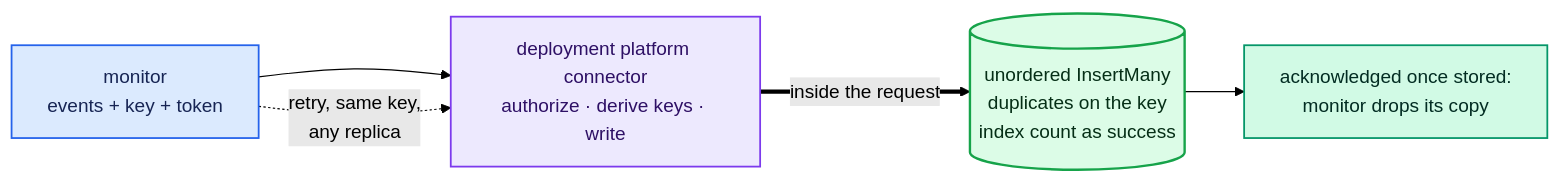
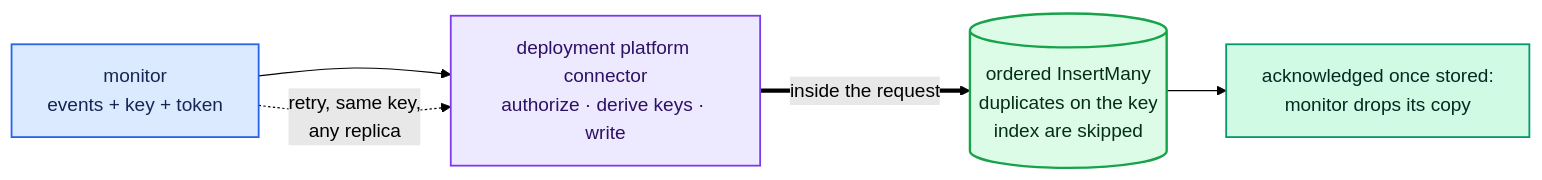
The second of 4 diagrams in docs/designs/052-deployment-platform-connector.md (KaivalyaMDabhadkar/NVSentinel), drawn with Mermaid (forest theme) before and after one commit. The commit also changed other lines of this file and 2 other files, not shown here.

Commit message:
docs(store-client): record the ordered idempotent insert, drop the constant-value test

````diff
--- a/docs/designs/052-deployment-platform-connector.md
+++ b/docs/designs/052-deployment-platform-connector.md
@@ -133,21 +133,21 @@
 ```mermaid
 flowchart LR
     M["monitor<br/>events + key + token"]
     API["deployment platform connector<br/>authorize · derive keys · write"]
-    DB[("unordered InsertMany<br/>duplicates on the key<br/>index count as success")]
+    DB[("ordered InsertMany<br/>duplicates on the key<br/>index are skipped")]
     ACK["acknowledged once stored:<br/>monitor drops its copy"]
 
     M --> API
     API == "inside the request" ==> DB
     DB --> ACK
     M -. "retry, same key,<br/>any replica" .-> API
 
     classDef client fill:#DBEAFE,stroke:#2563EB,color:#172554,stroke-width:1.5px
     classDef service fill:#EDE9FE,stroke:#7C3AED,color:#2E1065,stroke-width:1.5px
     classDef database fill:#DCFCE7,stroke:#16A34A,color:#052E16,stroke-width:2px
     classDef success fill:#D1FAE5,stroke:#059669,color:#022C22,stroke-width:1.5px
     class M client
     class API service
     class DB database
     class ACK success
 ```
````
